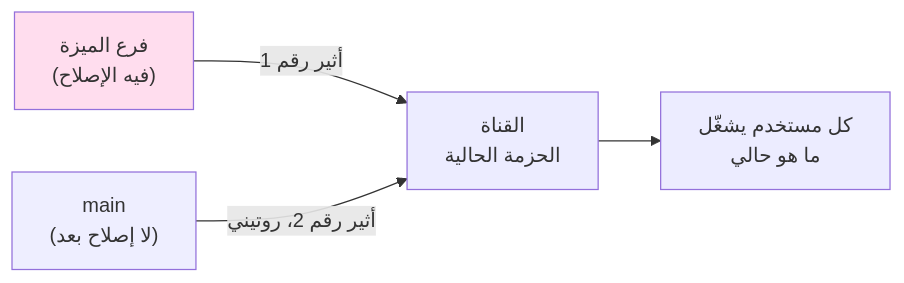
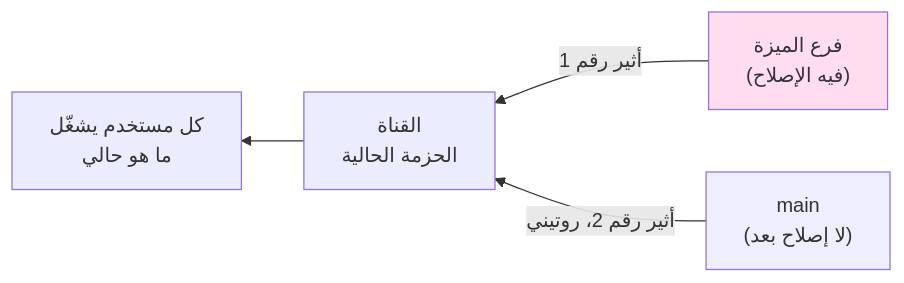
The second of 7 diagrams in modules/06-many-clients/module.ar.md (Tamoura/system-design-for-vibe-coders), drawn with Mermaid before and after one commit. The commit also changed 31 other files, not shown here.

First line of the commit message:
Arabic editions: diagrams flow right to left

````diff
--- a/modules/06-many-clients/module.ar.md
+++ b/modules/06-many-clients/module.ar.md
@@ -185,8 +185,8 @@
 ```mermaid
-flowchart LR
+flowchart RL
     B["فرع الميزة<br/>(فيه الإصلاح)"] -->|أثير رقم 1| CH["القناة<br/>الحزمة الحالية"]
     M["main<br/>(لا إصلاح بعد)"] -->|أثير رقم 2، روتيني| CH
     CH --> U["كل مستخدم يشغّل<br/>ما هو حالي"]
     style B fill:#fde
     style M fill:#eef
 ```
````
